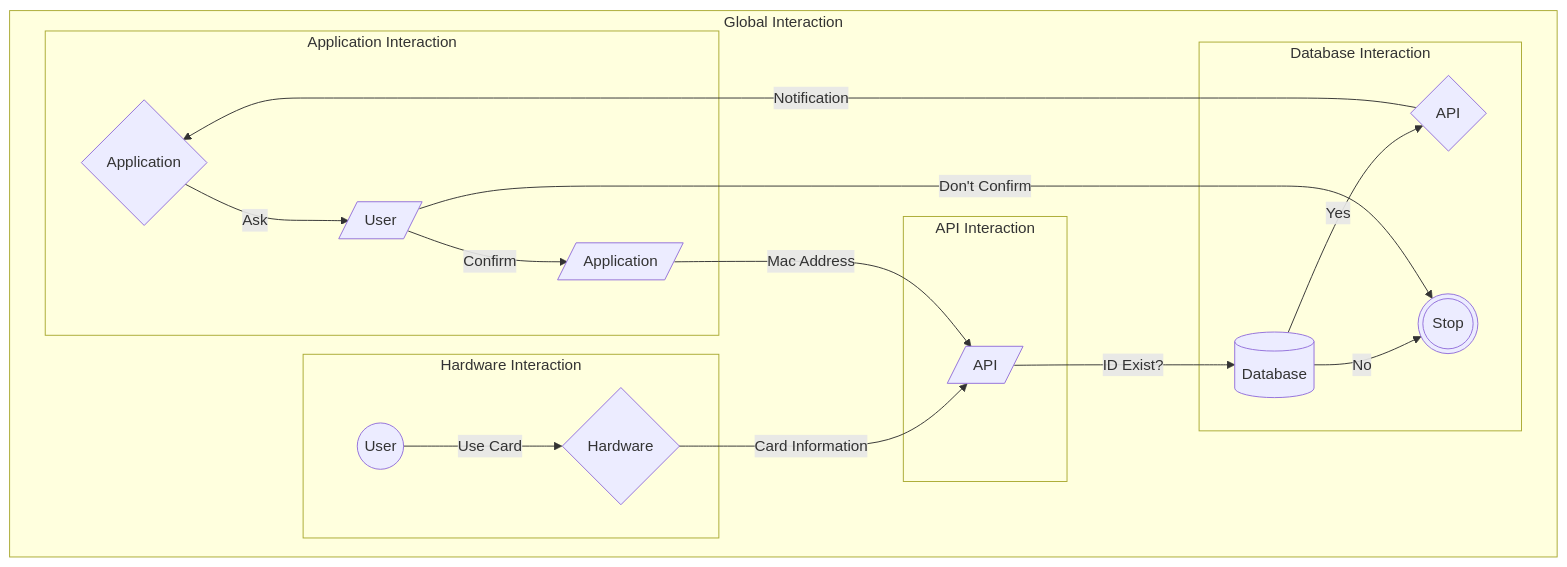
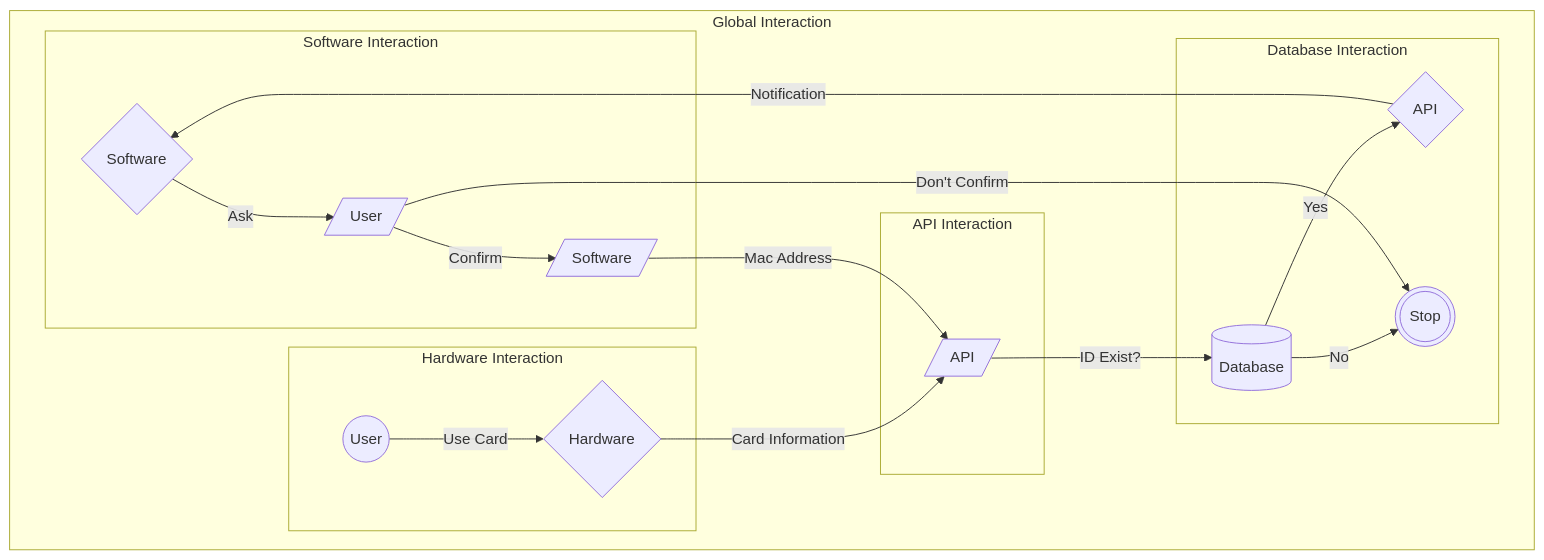
One commit to GuillaumeDespaux/moonshot-project changed the fifth of 5 diagrams in documents/functional/functional_specification.md. Above: the diagram before and after it, drawn with Mermaid. The commit also changed other lines of this file, not shown here.

````diff
--- a/documents/functional/functional_specification.md
+++ b/documents/functional/functional_specification.md
@@ -132,31 +182,31 @@
 ```mermaid
 graph
 subgraph Global Interaction
     stop(((Stop)))
     subgraph Hardware Interaction
     start((User))-- Use Card --> hardware[/Hardware/]
     end
 
     subgraph API Interaction
     api[/API/]
     hardware{Hardware} --Card Information--> api
     end
 
     subgraph Database Interaction
     db[(Database)]
     api[/API/] --ID Exist?--> db
     db --Yes--> apipro
     db --No --> stop
     apipro{API}
     end
 
-    subgraph Application Interaction
-    app{Application}
+    subgraph Software Interaction
+    app{Software}
     apipro{API} --Notification--> app
     app --Ask--> user
-    user[/User/] --Confirm--> appreq[/Application/]
+    user[/User/] --Confirm--> appreq[/Software/]
     user[/User/] --Don't Confirm--> stop
     appreq --Mac Address--> api
     end
 end
 ```
````
